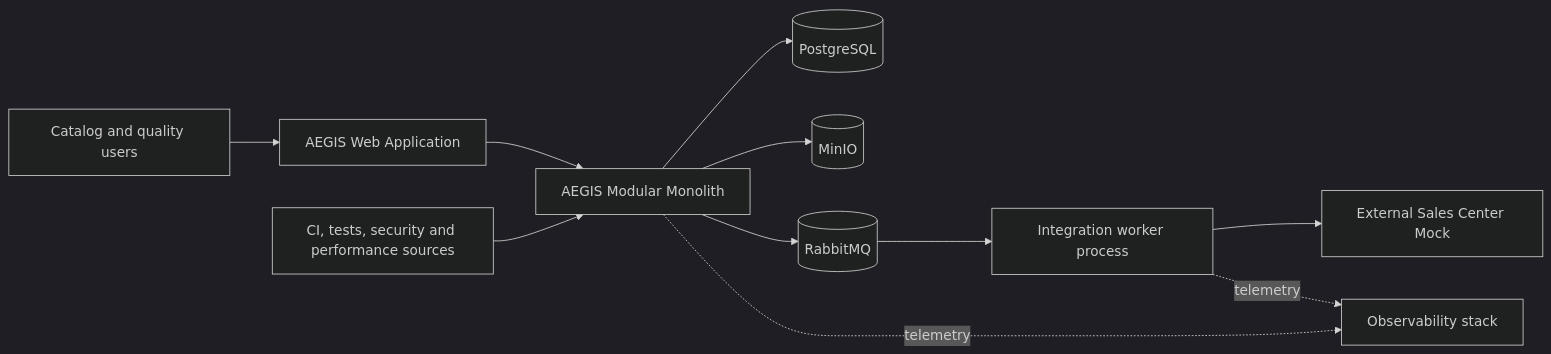
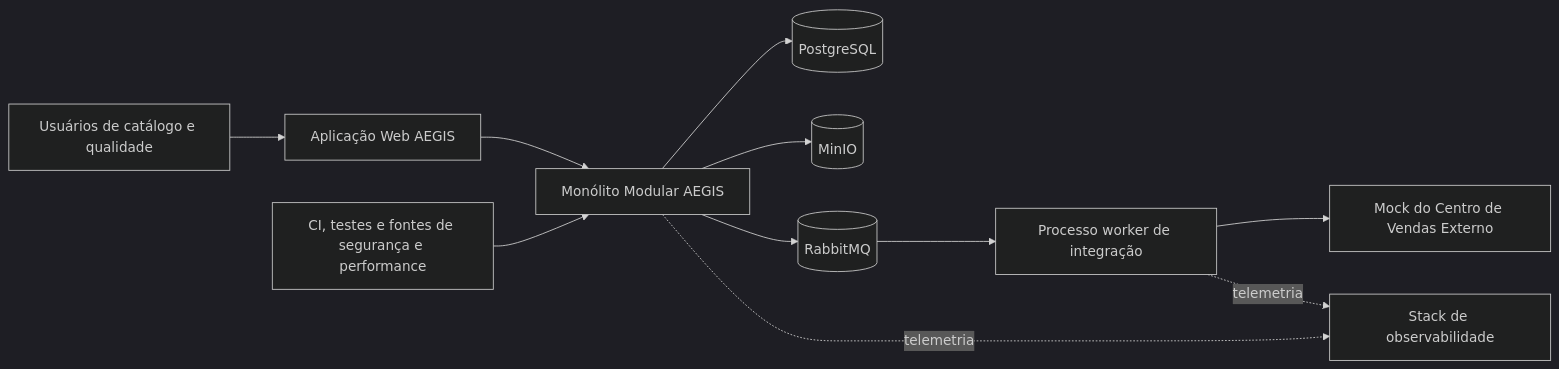
The first of 4 diagrams in docs/ARCHITECTURE.md (SYTEF/AEGIS), drawn with Mermaid (dark theme) before and after one commit. The commit also changed other lines of this file and 15 other files, not shown here.

````diff
--- a/docs/ARCHITECTURE.md
+++ b/docs/ARCHITECTURE.md
@@ -26,22 +26,22 @@
-```mermaid
+~~~mermaid
 flowchart LR
-    Actor["Catalog and quality users"]
-    UI["AEGIS Web Application"]
-    API["AEGIS Modular Monolith"]
+    Actor["Usuários de catálogo e qualidade"]
+    UI["Aplicação Web AEGIS"]
+    API["Monólito Modular AEGIS"]
     DB[("PostgreSQL")]
     MQ[("RabbitMQ")]
     OBJ[("MinIO")]
-    Worker["Integration worker process"]
-    External["External Sales Center Mock"]
-    Sources["CI, tests, security and performance sources"]
-    Obs["Observability stack"]
+    Worker["Processo worker de integração"]
+    External["Mock do Centro de Vendas Externo"]
+    Sources["CI, testes e fontes de segurança e performance"]
+    Obs["Stack de observabilidade"]
 
     Actor --> UI --> API
     API --> DB
     API --> OBJ
     API --> MQ
     MQ --> Worker --> External
     Sources --> API
-    API -. telemetry .-> Obs
-    Worker -. telemetry .-> Obs
-```
+    API -. telemetria .-> Obs
+    Worker -. telemetria .-> Obs
+~~~
````
